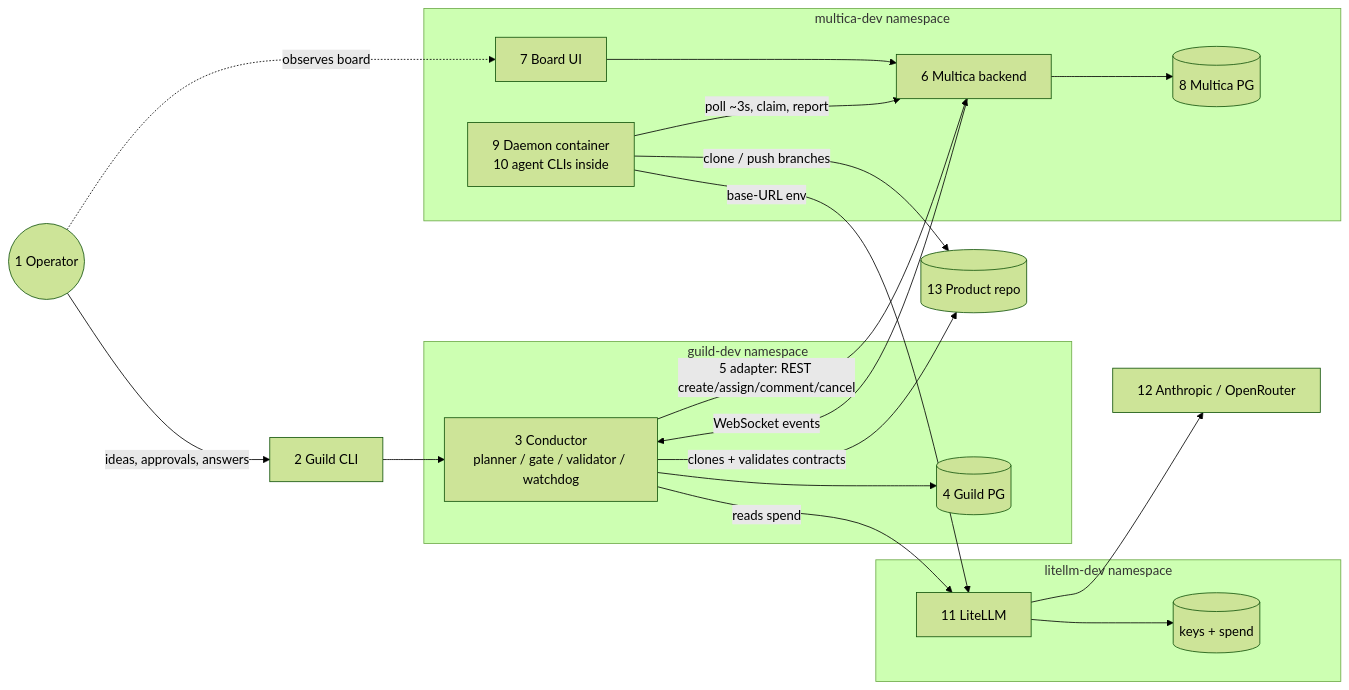
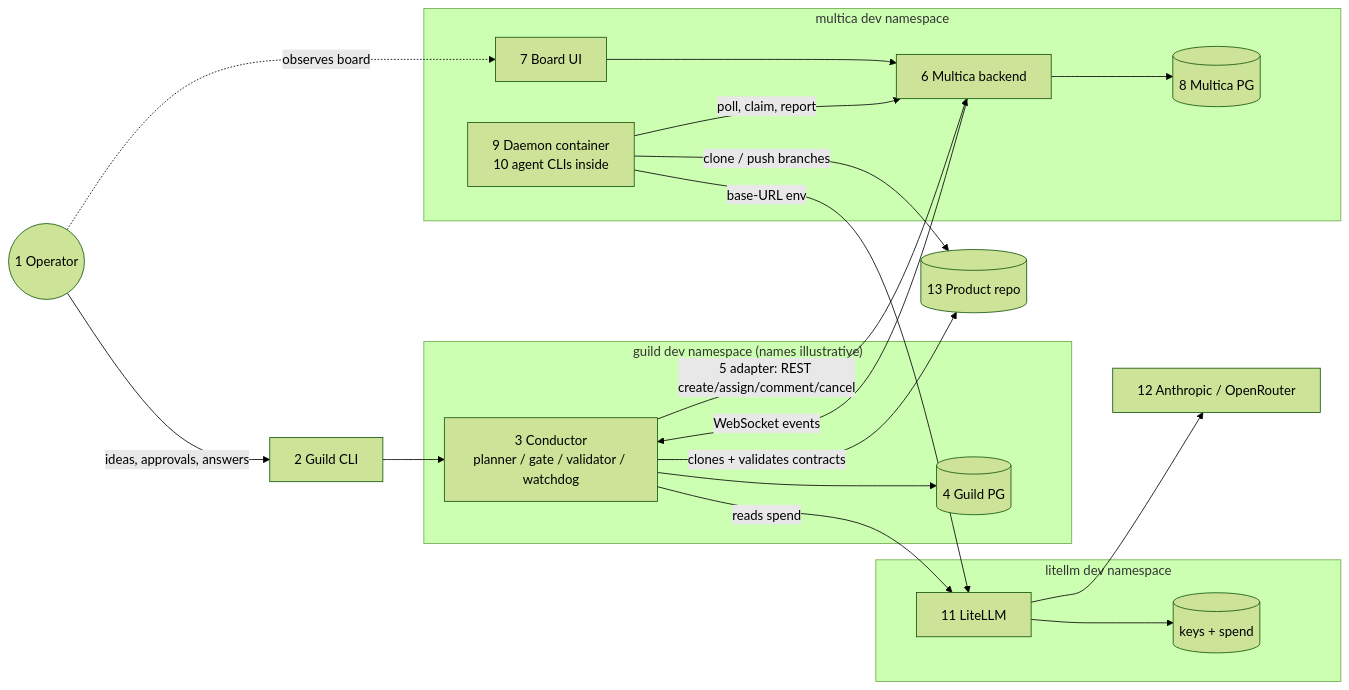
One commit to maacarbo/guild changed the first of 7 diagrams in docs/OVERVIEW.md. Above: the diagram before and after it, drawn with Mermaid (forest theme). The commit also changed other lines of this file and 2 other files, not shown here.

````diff
--- a/docs/OVERVIEW.md
+++ b/docs/OVERVIEW.md
@@ -25,34 +25,34 @@
 ```mermaid
 flowchart LR
     OP((1 Operator))
     CLI[2 Guild CLI]
-    subgraph GD["guild-dev namespace"]
+    subgraph GD["guild dev namespace (names illustrative)"]
         COND[3 Conductor<br/>planner / gate / validator / watchdog]
         GPG[(4 Guild PG)]
     end
-    subgraph MD["multica-dev namespace"]
+    subgraph MD["multica dev namespace"]
         BE[6 Multica backend]
         FE[7 Board UI]
         MPG[(8 Multica PG)]
         DM[9 Daemon container<br/>10 agent CLIs inside]
     end
-    subgraph LD["litellm-dev namespace"]
+    subgraph LD["litellm dev namespace"]
         LLM[11 LiteLLM]
         LDB[(keys + spend)]
     end
     PROV[12 Anthropic / OpenRouter]
     REPO[(13 Product repo)]
 
     OP -->|ideas, approvals, answers| CLI --> COND
     OP -.->|observes board| FE --> BE
     COND --> GPG
     COND -->|5 adapter: REST create/assign/comment/cancel| BE
     BE -->|WebSocket events| COND
     BE --> MPG
-    DM -->|poll ~3s, claim, report| BE
+    DM -->|poll, claim, report| BE
     DM -->|clone / push branches| REPO
     DM -->|base-URL env| LLM --> PROV
     LLM --> LDB
     COND -->|reads spend| LLM
     COND -->|clones + validates contracts| REPO
 ```
````
